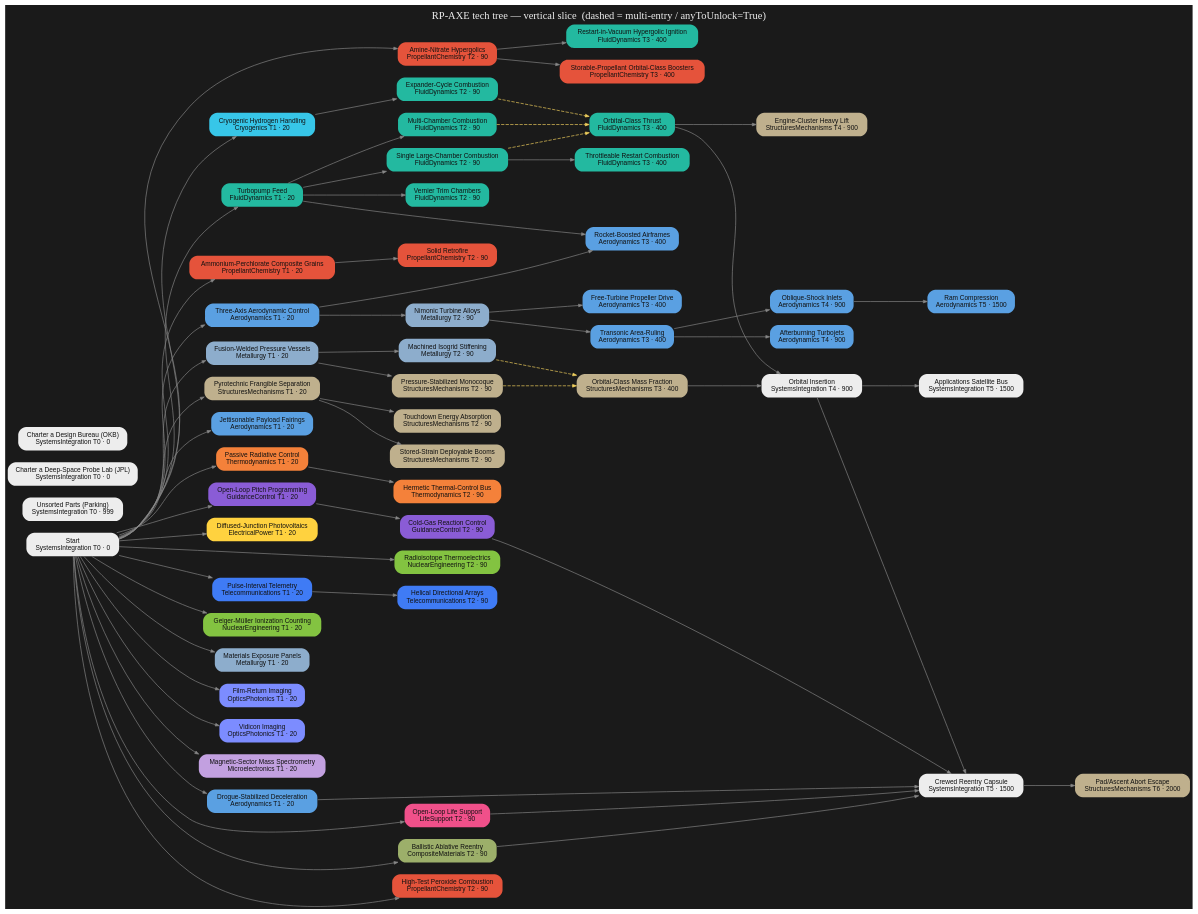
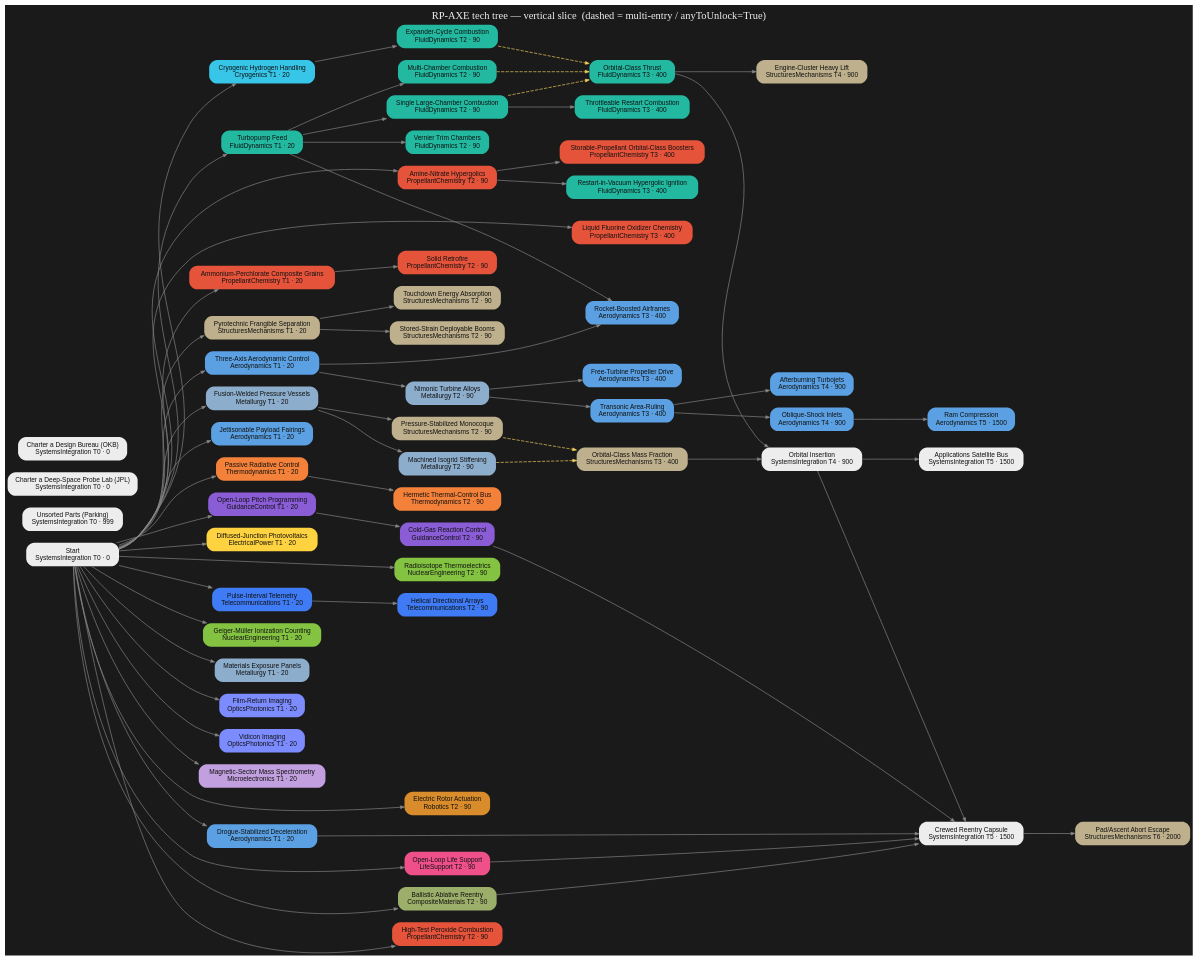
One commit to miskoltrans/RP-AXE changed the diagram in tree/render/axe-tree.dot. Above: the diagram before and after it, drawn with Graphviz. The commit also changed 6 other files, not shown here.

```diff
--- a/tree/render/axe-tree.dot
+++ b/tree/render/axe-tree.dot
@@ -1,129 +1,133 @@
 digraph AXE {
   rankdir=LR; bgcolor="#1a1a1a"; nodesep=0.25; ranksep=1.1;
   node[shape=box,style="filled,rounded",fontname="Helvetica",fontsize=10,color="#00000000"];
   edge[color="#888888",arrowsize=0.6];
   "start" [label="Start\nSystemsIntegration T0 · 0",fillcolor="#ededed",fontcolor="#111111"];
   "parking" [label="Unsorted Parts (Parking)\nSystemsIntegration T0 · 999",fillcolor="#ededed",fontcolor="#111111"];
   "hire_JPL" [label="Charter a Deep-Space Probe Lab (JPL)\nSystemsIntegration T0 · 0",fillcolor="#ededed",fontcolor="#111111"];
   "hire_OKB" [label="Charter a Design Bureau (OKB)\nSystemsIntegration T0 · 0",fillcolor="#ededed",fontcolor="#111111"];
   "fd_turbopumpFeed" [label="Turbopump Feed\nFluidDynamics T1 · 20",fillcolor="#23b9a0",fontcolor="#111111"];
   "fd_multiChamber" [label="Multi-Chamber Combustion\nFluidDynamics T2 · 90",fillcolor="#23b9a0",fontcolor="#111111"];
   "fd_baffledInjector" [label="Single Large-Chamber Combustion\nFluidDynamics T2 · 90",fillcolor="#23b9a0",fontcolor="#111111"];
   "fd_verniers" [label="Vernier Trim Chambers\nFluidDynamics T2 · 90",fillcolor="#23b9a0",fontcolor="#111111"];
   "pc_hypergolics" [label="Amine-Nitrate Hypergolics\nPropellantChemistry T2 · 90",fillcolor="#e5533b",fontcolor="#111111"];
+  "pc_fluorineOxidizer" [label="Liquid Fluorine Oxidizer Chemistry\nPropellantChemistry T3 · 400",fillcolor="#e5533b",fontcolor="#111111"];
   "cryo_hydrogen" [label="Cryogenic Hydrogen Handling\nCryogenics T1 · 20",fillcolor="#37c6e8",fontcolor="#111111"];
   "fd_expanderCycle" [label="Expander-Cycle Combustion\nFluidDynamics T2 · 90",fillcolor="#23b9a0",fontcolor="#111111"];
   "fd_orbitalThrust" [label="Orbital-Class Thrust\nFluidDynamics T3 · 400",fillcolor="#23b9a0",fontcolor="#111111"];
   "pc_solidGrains" [label="Ammonium-Perchlorate Composite Grains\nPropellantChemistry T1 · 20",fillcolor="#e5533b",fontcolor="#111111"];
   "met_weldedTank" [label="Fusion-Welded Pressure Vessels\nMetallurgy T1 · 20",fillcolor="#8dadcc",fontcolor="#111111"];
   "met_isogrid" [label="Machined Isogrid Stiffening\nMetallurgy T2 · 90",fillcolor="#8dadcc",fontcolor="#111111"];
   "str_balloonTank" [label="Pressure-Stabilized Monocoque\nStructuresMechanisms T2 · 90",fillcolor="#bfb08d",fontcolor="#111111"];
   "str_orbitalMassFraction" [label="Orbital-Class Mass Fraction\nStructuresMechanisms T3 · 400",fillcolor="#bfb08d",fontcolor="#111111"];
   "str_staging" [label="Pyrotechnic Frangible Separation\nStructuresMechanisms T1 · 20",fillcolor="#bfb08d",fontcolor="#111111"];
   "gnc_pitchProgram" [label="Open-Loop Pitch Programming\nGuidanceControl T1 · 20",fillcolor="#8a5cd6",fontcolor="#111111"];
   "gnc_rcs" [label="Cold-Gas Reaction Control\nGuidanceControl T2 · 90",fillcolor="#8a5cd6",fontcolor="#111111"];
   "str_booms" [label="Stored-Strain Deployable Booms\nStructuresMechanisms T2 · 90",fillcolor="#bfb08d",fontcolor="#111111"];
   "aero_fairings" [label="Jettisonable Payload Fairings\nAerodynamics T1 · 20",fillcolor="#5aa0e2",fontcolor="#111111"];
   "aero_recovery" [label="Drogue-Stabilized Deceleration\nAerodynamics T1 · 20",fillcolor="#5aa0e2",fontcolor="#111111"];
   "th_radiativeControl" [label="Passive Radiative Control\nThermodynamics T1 · 20",fillcolor="#f4813a",fontcolor="#111111"];
   "th_hermeticBus" [label="Hermetic Thermal-Control Bus\nThermodynamics T2 · 90",fillcolor="#f4813a",fontcolor="#111111"];
   "elec_siliconPV" [label="Diffused-Junction Photovoltaics\nElectricalPower T1 · 20",fillcolor="#ffd23f",fontcolor="#111111"];
   "nuc_rtg" [label="Radioisotope Thermoelectrics\nNuclearEngineering T2 · 90",fillcolor="#83c341",fontcolor="#111111"];
   "tel_telemetry" [label="Pulse-Interval Telemetry\nTelecommunications T1 · 20",fillcolor="#3f7bf5",fontcolor="#111111"];
   "nuc_geiger" [label="Geiger-Müller Ionization Counting\nNuclearEngineering T1 · 20",fillcolor="#83c341",fontcolor="#111111"];
   "met_exposurePanels" [label="Materials Exposure Panels\nMetallurgy T1 · 20",fillcolor="#8dadcc",fontcolor="#111111"];
   "opt_filmReturn" [label="Film-Return Imaging\nOpticsPhotonics T1 · 20",fillcolor="#7c8cff",fontcolor="#111111"];
   "opt_vidicon" [label="Vidicon Imaging\nOpticsPhotonics T1 · 20",fillcolor="#7c8cff",fontcolor="#111111"];
   "mic_massSpec" [label="Magnetic-Sector Mass Spectrometry\nMicroelectronics T1 · 20",fillcolor="#c2a0e0",fontcolor="#111111"];
+  "rob_rotorActuation" [label="Electric Rotor Actuation\nRobotics T2 · 90",fillcolor="#d98c2b",fontcolor="#111111"];
   "int_orbitalInsertion" [label="Orbital Insertion\nSystemsIntegration T4 · 900",fillcolor="#ededed",fontcolor="#111111"];
   "int_applicationsSat" [label="Applications Satellite Bus\nSystemsIntegration T5 · 1500",fillcolor="#ededed",fontcolor="#111111"];
   "xplaneStart" [label="Three-Axis Aerodynamic Control\nAerodynamics T1 · 20",fillcolor="#5aa0e2",fontcolor="#111111"];
   "met_turbineAlloys" [label="Nimonic Turbine Alloys\nMetallurgy T2 · 90",fillcolor="#8dadcc",fontcolor="#111111"];
   "aero_areaRule" [label="Transonic Area-Ruling\nAerodynamics T3 · 400",fillcolor="#5aa0e2",fontcolor="#111111"];
   "aero_shockInlets" [label="Oblique-Shock Inlets\nAerodynamics T4 · 900",fillcolor="#5aa0e2",fontcolor="#111111"];
   "aero_afterburner" [label="Afterburning Turbojets\nAerodynamics T4 · 900",fillcolor="#5aa0e2",fontcolor="#111111"];
   "aero_ramjet" [label="Ram Compression\nAerodynamics T5 · 1500",fillcolor="#5aa0e2",fontcolor="#111111"];
   "aero_rocketplane" [label="Rocket-Boosted Airframes\nAerodynamics T3 · 400",fillcolor="#5aa0e2",fontcolor="#111111"];
   "life_openLoopECLSS" [label="Open-Loop Life Support\nLifeSupport T2 · 90",fillcolor="#f0508a",fontcolor="#111111"];
   "cmp_ablativeTPS" [label="Ballistic Ablative Reentry\nCompositeMaterials T2 · 90",fillcolor="#9caf6a",fontcolor="#111111"];
   "int_crewedCapsule" [label="Crewed Reentry Capsule\nSystemsIntegration T5 · 1500",fillcolor="#ededed",fontcolor="#111111"];
   "str_launchEscape" [label="Pad/Ascent Abort Escape\nStructuresMechanisms T6 · 2000",fillcolor="#bfb08d",fontcolor="#111111"];
   "str_landingLegs" [label="Touchdown Energy Absorption\nStructuresMechanisms T2 · 90",fillcolor="#bfb08d",fontcolor="#111111"];
   "fd_deepThrottleEarly" [label="Throttleable Restart Combustion\nFluidDynamics T3 · 400",fillcolor="#23b9a0",fontcolor="#111111"];
   "pc_hydrogenPeroxide" [label="High-Test Peroxide Combustion\nPropellantChemistry T2 · 90",fillcolor="#e5533b",fontcolor="#111111"];
   "fd_restartableHypergolics" [label="Restart-in-Vacuum Hypergolic Ignition\nFluidDynamics T3 · 400",fillcolor="#23b9a0",fontcolor="#111111"];
   "pc_storableBoosters" [label="Storable-Propellant Orbital-Class Boosters\nPropellantChemistry T3 · 400",fillcolor="#e5533b",fontcolor="#111111"];
   "str_engineClustering" [label="Engine-Cluster Heavy Lift\nStructuresMechanisms T4 · 900",fillcolor="#bfb08d",fontcolor="#111111"];
   "pc_solidRetrofire" [label="Solid Retrofire\nPropellantChemistry T2 · 90",fillcolor="#e5533b",fontcolor="#111111"];
   "tel_helicalDirectional" [label="Helical Directional Arrays\nTelecommunications T2 · 90",fillcolor="#3f7bf5",fontcolor="#111111"];
   "aero_turboshaftProp" [label="Free-Turbine Propeller Drive\nAerodynamics T3 · 400",fillcolor="#5aa0e2",fontcolor="#111111"];
   { rank=same; "start" "parking" "hire_JPL" "hire_OKB" }
   { rank=same; "fd_turbopumpFeed" "cryo_hydrogen" "pc_solidGrains" "met_weldedTank" "str_staging" "gnc_pitchProgram" "aero_fairings" "aero_recovery" "th_radiativeControl" "elec_siliconPV" "tel_telemetry" "nuc_geiger" "met_exposurePanels" "opt_filmReturn" "opt_vidicon" "mic_massSpec" "xplaneStart" }
-  { rank=same; "fd_multiChamber" "fd_baffledInjector" "fd_verniers" "pc_hypergolics" "fd_expanderCycle" "met_isogrid" "str_balloonTank" "gnc_rcs" "str_booms" "th_hermeticBus" "nuc_rtg" "met_turbineAlloys" "life_openLoopECLSS" "cmp_ablativeTPS" "str_landingLegs" "pc_hydrogenPeroxide" "pc_solidRetrofire" "tel_helicalDirectional" }
-  { rank=same; "fd_orbitalThrust" "str_orbitalMassFraction" "aero_areaRule" "aero_rocketplane" "fd_deepThrottleEarly" "fd_restartableHypergolics" "pc_storableBoosters" "aero_turboshaftProp" }
+  { rank=same; "fd_multiChamber" "fd_baffledInjector" "fd_verniers" "pc_hypergolics" "fd_expanderCycle" "met_isogrid" "str_balloonTank" "gnc_rcs" "str_booms" "th_hermeticBus" "nuc_rtg" "rob_rotorActuation" "met_turbineAlloys" "life_openLoopECLSS" "cmp_ablativeTPS" "str_landingLegs" "pc_hydrogenPeroxide" "pc_solidRetrofire" "tel_helicalDirectional" }
+  { rank=same; "pc_fluorineOxidizer" "fd_orbitalThrust" "str_orbitalMassFraction" "aero_areaRule" "aero_rocketplane" "fd_deepThrottleEarly" "fd_restartableHypergolics" "pc_storableBoosters" "aero_turboshaftProp" }
   { rank=same; "int_orbitalInsertion" "aero_shockInlets" "aero_afterburner" "str_engineClustering" }
   { rank=same; "int_applicationsSat" "aero_ramjet" "int_crewedCapsule" }
   { rank=same; "str_launchEscape" }
   "start" -> "fd_turbopumpFeed" [style=solid];
   "fd_turbopumpFeed" -> "fd_multiChamber" [style=solid];
   "fd_turbopumpFeed" -> "fd_baffledInjector" [style=solid];
   "fd_turbopumpFeed" -> "fd_verniers" [style=solid];
   "start" -> "pc_hypergolics" [style=solid];
+  "start" -> "pc_fluorineOxidizer" [style=solid];
   "start" -> "cryo_hydrogen" [style=solid];
   "cryo_hydrogen" -> "fd_expanderCycle" [style=solid];
   "fd_multiChamber" -> "fd_orbitalThrust" [style=dashed,color="#f4d35e"];
   "fd_baffledInjector" -> "fd_orbitalThrust" [style=dashed,color="#f4d35e"];
   "fd_expanderCycle" -> "fd_orbitalThrust" [style=dashed,color="#f4d35e"];
   "start" -> "pc_solidGrains" [style=solid];
   "start" -> "met_weldedTank" [style=solid];
   "met_weldedTank" -> "met_isogrid" [style=solid];
   "met_weldedTank" -> "str_balloonTank" [style=solid];
   "met_isogrid" -> "str_orbitalMassFraction" [style=dashed,color="#f4d35e"];
   "str_balloonTank" -> "str_orbitalMassFraction" [style=dashed,color="#f4d35e"];
   "start" -> "str_staging" [style=solid];
   "start" -> "gnc_pitchProgram" [style=solid];
   "gnc_pitchProgram" -> "gnc_rcs" [style=solid];
   "str_staging" -> "str_booms" [style=solid];
   "start" -> "aero_fairings" [style=solid];
   "start" -> "aero_recovery" [style=solid];
   "start" -> "th_radiativeControl" [style=solid];
   "th_radiativeControl" -> "th_hermeticBus" [style=solid];
   "start" -> "elec_siliconPV" [style=solid];
   "start" -> "nuc_rtg" [style=solid];
   "start" -> "tel_telemetry" [style=solid];
   "start" -> "nuc_geiger" [style=solid];
   "start" -> "met_exposurePanels" [style=solid];
   "start" -> "opt_filmReturn" [style=solid];
   "start" -> "opt_vidicon" [style=solid];
   "start" -> "mic_massSpec" [style=solid];
+  "start" -> "rob_rotorActuation" [style=solid];
   "fd_orbitalThrust" -> "int_orbitalInsertion" [style=solid];
   "str_orbitalMassFraction" -> "int_orbitalInsertion" [style=solid];
   "int_orbitalInsertion" -> "int_applicationsSat" [style=solid];
   "start" -> "xplaneStart" [style=solid];
   "xplaneStart" -> "met_turbineAlloys" [style=solid];
   "met_turbineAlloys" -> "aero_areaRule" [style=solid];
   "aero_areaRule" -> "aero_shockInlets" [style=solid];
   "aero_areaRule" -> "aero_afterburner" [style=solid];
   "aero_shockInlets" -> "aero_ramjet" [style=solid];
   "xplaneStart" -> "aero_rocketplane" [style=solid];
   "fd_turbopumpFeed" -> "aero_rocketplane" [style=solid];
   "start" -> "life_openLoopECLSS" [style=solid];
   "start" -> "cmp_ablativeTPS" [style=solid];
   "int_orbitalInsertion" -> "int_crewedCapsule" [style=solid];
   "gnc_rcs" -> "int_crewedCapsule" [style=solid];
   "aero_recovery" -> "int_crewedCapsule" [style=solid];
   "life_openLoopECLSS" -> "int_crewedCapsule" [style=solid];
   "cmp_ablativeTPS" -> "int_crewedCapsule" [style=solid];
   "int_crewedCapsule" -> "str_launchEscape" [style=solid];
   "str_staging" -> "str_landingLegs" [style=solid];
   "fd_baffledInjector" -> "fd_deepThrottleEarly" [style=solid];
   "start" -> "pc_hydrogenPeroxide" [style=solid];
   "pc_hypergolics" -> "fd_restartableHypergolics" [style=solid];
   "pc_hypergolics" -> "pc_storableBoosters" [style=solid];
   "fd_orbitalThrust" -> "str_engineClustering" [style=solid];
   "pc_solidGrains" -> "pc_solidRetrofire" [style=solid];
   "tel_telemetry" -> "tel_helicalDirectional" [style=solid];
   "met_turbineAlloys" -> "aero_turboshaftProp" [style=solid];
   labelloc="t"; fontcolor="#eeeeee"; fontsize=16;
   label="RP-AXE tech tree — vertical slice  (dashed = multi-entry / anyToUnlock=True)";
 }
```
